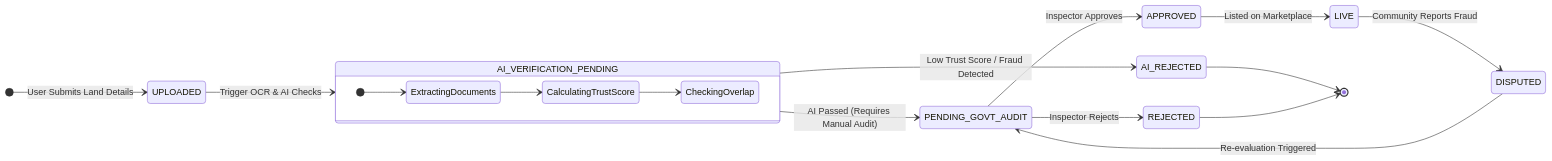
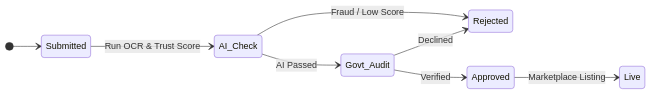
Before and after one commit to pirates27/frontend: the third of 3 diagrams in README.md, drawn with Mermaid. The commit also changed other lines of this file, not shown here.

````diff
--- a/README.md
+++ b/README.md
@@ -154,28 +125,11 @@
 ```mermaid
 stateDiagram-v2
     direction LR
-    [*] --> UPLOADED : User Submits Land Details
-    
-    UPLOADED --> AI_VERIFICATION_PENDING : Trigger OCR & AI Checks
-    
-    state AI_VERIFICATION_PENDING {
-        direction LR
-        [*] --> ExtractingDocuments
-        ExtractingDocuments --> CalculatingTrustScore
-        CalculatingTrustScore --> CheckingOverlap
-    }
-    
-    AI_VERIFICATION_PENDING --> AI_REJECTED : Low Trust Score / Fraud Detected
-    AI_VERIFICATION_PENDING --> PENDING_GOVT_AUDIT : AI Passed (Requires Manual Audit)
-    
-    PENDING_GOVT_AUDIT --> APPROVED : Inspector Approves
-    PENDING_GOVT_AUDIT --> REJECTED : Inspector Rejects
-    
-    APPROVED --> LIVE : Listed on Marketplace
-    LIVE --> DISPUTED : Community Reports Fraud
-    
-    DISPUTED --> PENDING_GOVT_AUDIT : Re-evaluation Triggered
-    
-    AI_REJECTED --> [*]
-    REJECTED --> [*]
+    [*] --> Submitted
+    Submitted --> AI_Check: Run OCR & Trust Score
+    AI_Check --> Govt_Audit: AI Passed
+    AI_Check --> Rejected: Fraud / Low Score
+    Govt_Audit --> Approved: Verified
+    Govt_Audit --> Rejected: Declined
+    Approved --> Live: Marketplace Listing
 ```
````
